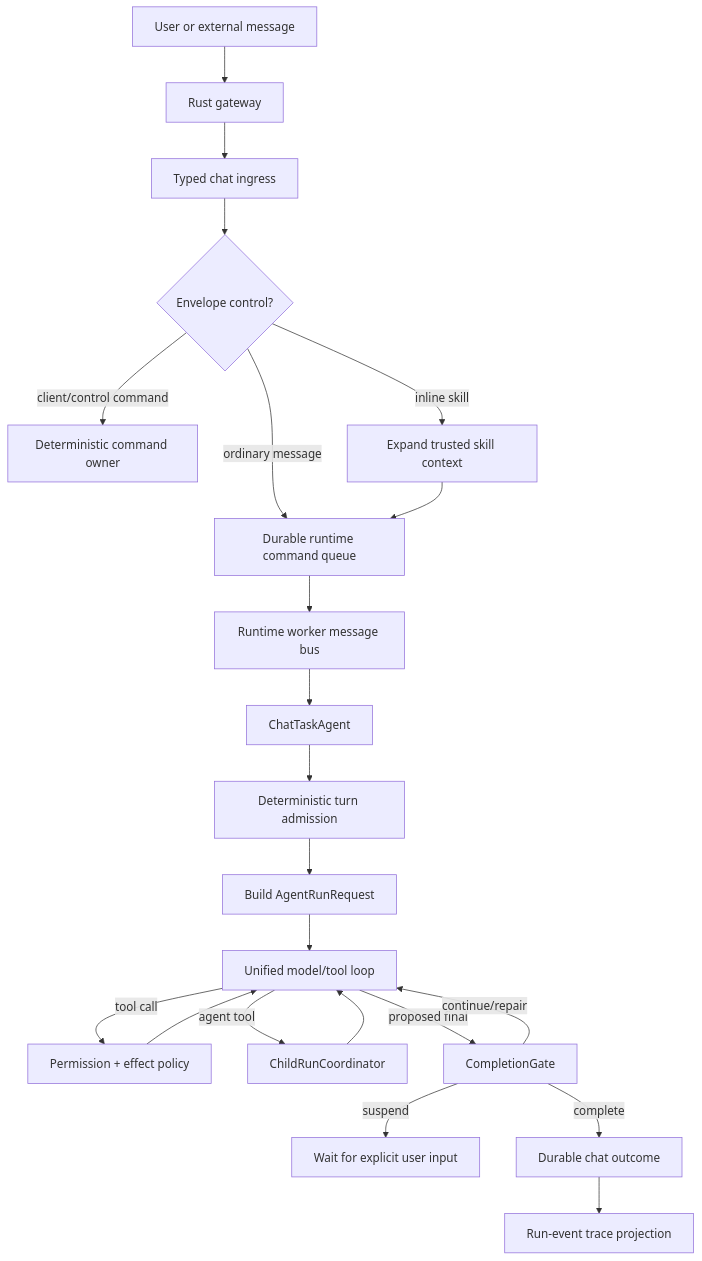
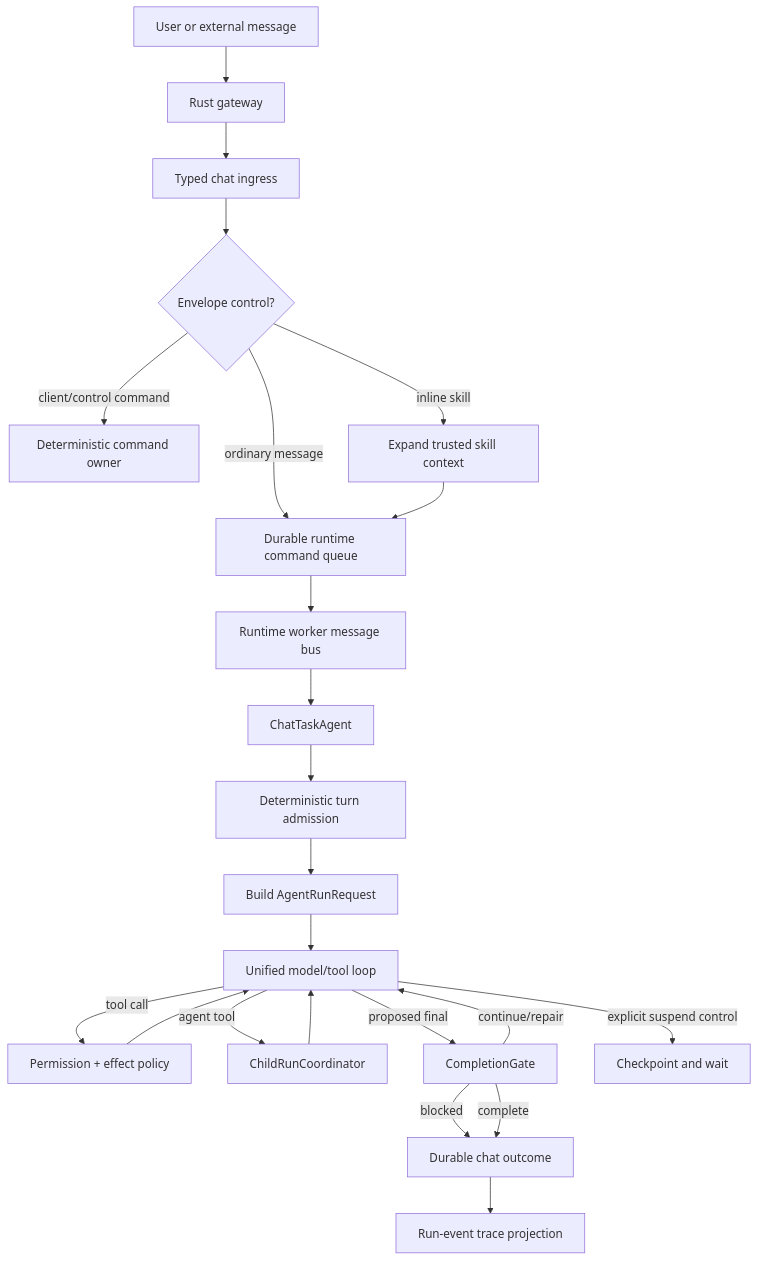
One commit to asukaonly/magi changed the diagram in docs/task-agent-runtime-architecture.md. Above: the diagram before and after it, drawn with Mermaid. The commit also changed other lines of this file and 22 other files, not shown here.

````diff
--- a/docs/task-agent-runtime-architecture.md
+++ b/docs/task-agent-runtime-architecture.md
@@ -57,24 +59,25 @@
 ```mermaid
 flowchart TD
     U[User or external message] --> G[Rust gateway]
     G --> I[Typed chat ingress]
     I --> C{Envelope control?}
     C -->|client/control command| X[Deterministic command owner]
     C -->|inline skill| S[Expand trusted skill context]
     C -->|ordinary message| Q[Durable runtime command queue]
     S --> Q
     Q --> B[Runtime worker message bus]
     B --> T[ChatTaskAgent]
     T --> A[Deterministic turn admission]
     A --> R[Build AgentRunRequest]
     R --> L[Unified model/tool loop]
     L -->|tool call| P[Permission + effect policy]
     P --> L
     L -->|agent tool| W[ChildRunCoordinator]
     W --> L
     L -->|proposed final| K[CompletionGate]
     K -->|continue/repair| L
-    K -->|suspend| H[Wait for explicit user input]
+    K -->|blocked| O
     K -->|complete| O[Durable chat outcome]
+    L -->|explicit suspend control| H[Checkpoint and wait]
     O --> V[Run-event trace projection]
 ```
````
